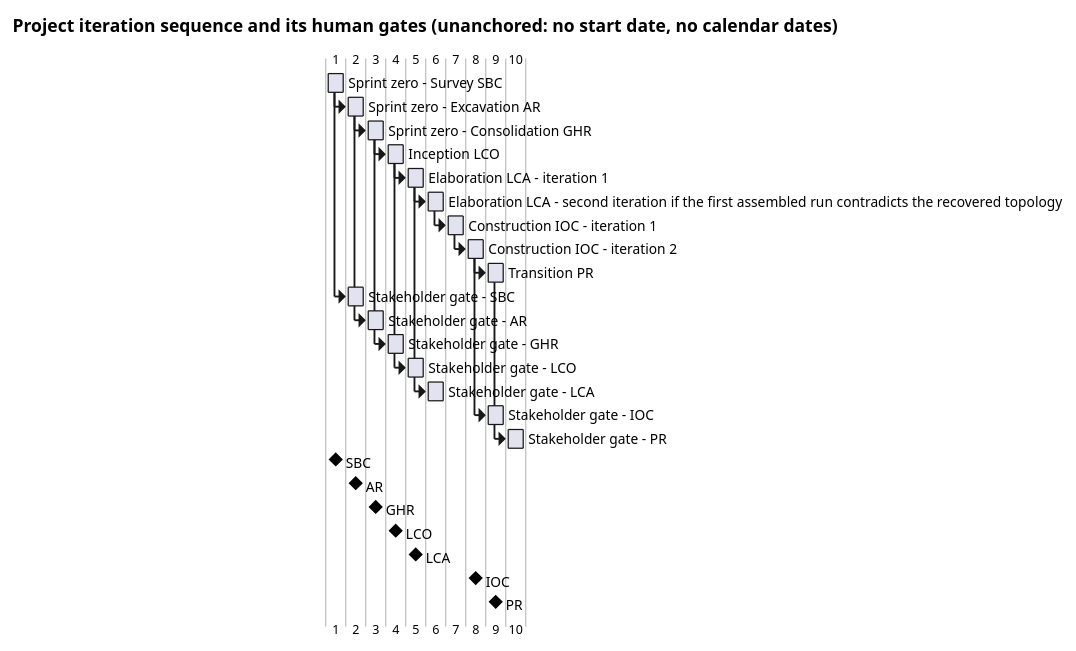
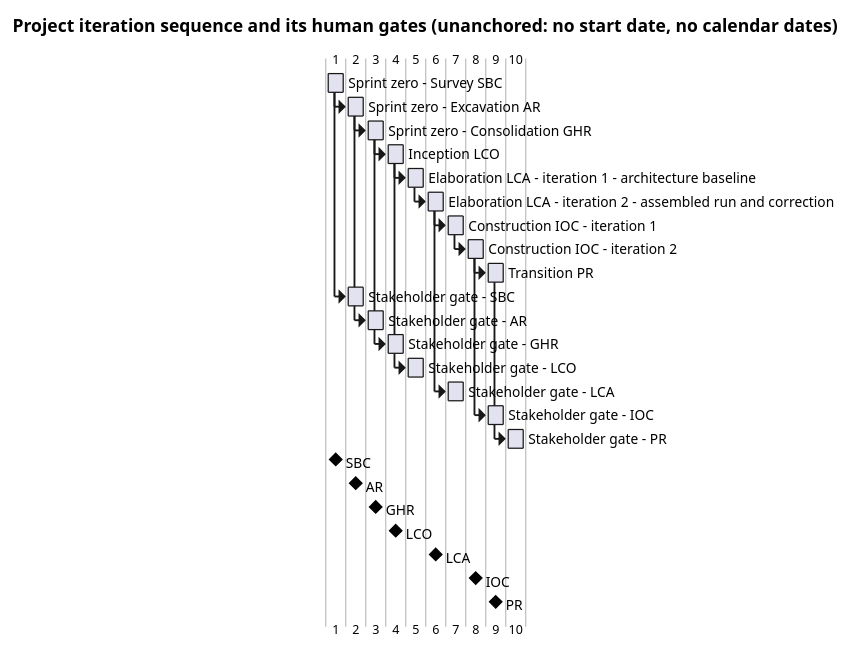
Before and after one commit to banense-test/TodoApp: the first of 3 diagrams in docs/artifacts/project-management/iteration-plan.md, drawn with PlantUML. The commit also changed other lines of this file, not shown here.

First line of the commit message:
Project Manager [Survey1]: upsert Iteration Plan

````diff
--- a/docs/artifacts/project-management/iteration-plan.md
+++ b/docs/artifacts/project-management/iteration-plan.md
@@ -42,55 +43,55 @@
 ```plantuml
 @startgantt
 title Project iteration sequence and its human gates (unanchored: no start date, no calendar dates)
 skinparam shadowing false
 
 [Sprint zero - Survey SBC] lasts 1 day
 [Sprint zero - Excavation AR] lasts 1 day
 [Sprint zero - Consolidation GHR] lasts 1 day
 [Inception LCO] lasts 1 day
-[Elaboration LCA - iteration 1] lasts 1 day
-[Elaboration LCA - second iteration if the first assembled run contradicts the recovered topology] lasts 1 day
+[Elaboration LCA - iteration 1 - architecture baseline] lasts 1 day
+[Elaboration LCA - iteration 2 - assembled run and correction] lasts 1 day
 [Construction IOC - iteration 1] lasts 1 day
 [Construction IOC - iteration 2] lasts 1 day
 [Transition PR] lasts 1 day
 [Stakeholder gate - SBC] lasts 1 day
 [Stakeholder gate - AR] lasts 1 day
 [Stakeholder gate - GHR] lasts 1 day
 [Stakeholder gate - LCO] lasts 1 day
 [Stakeholder gate - LCA] lasts 1 day
 [Stakeholder gate - IOC] lasts 1 day
 [Stakeholder gate - PR] lasts 1 day
 
 [Sprint zero - Excavation AR] starts at [Sprint zero - Survey SBC]'s end
 [Sprint zero - Consolidation GHR] starts at [Sprint zero - Excavation AR]'s end
 [Inception LCO] starts at [Sprint zero - Consolidation GHR]'s end
-[Elaboration LCA - iteration 1] starts at [Inception LCO]'s end
-[Elaboration LCA - second iteration if the first assembled run contradicts the recovered topology] starts at [Elaboration LCA - iteration 1]'s end
-[Construction IOC - iteration 1] starts at [Elaboration LCA - second iteration if the first assembled run contradicts the recovered topology]'s end
+[Elaboration LCA - iteration 1 - architecture baseline] starts at [Inception LCO]'s end
+[Elaboration LCA - iteration 2 - assembled run and correction] starts at [Elaboration LCA - iteration 1 - architecture baseline]'s end
+[Construction IOC - iteration 1] starts at [Elaboration LCA - iteration 2 - assembled run and correction]'s end
 [Construction IOC - iteration 2] starts at [Construction IOC - iteration 1]'s end
 [Transition PR] starts at [Construction IOC - iteration 2]'s end
 
 [Stakeholder gate - SBC] starts at [Sprint zero - Survey SBC]'s end
 [Stakeholder gate - AR] starts at [Sprint zero - Excavation AR]'s end
 [Stakeholder gate - GHR] starts at [Sprint zero - Consolidation GHR]'s end
 [Stakeholder gate - LCO] starts at [Inception LCO]'s end
-[Stakeholder gate - LCA] starts at [Elaboration LCA - iteration 1]'s end
+[Stakeholder gate - LCA] starts at [Elaboration LCA - iteration 2 - assembled run and correction]'s end
 [Stakeholder gate - IOC] starts at [Construction IOC - iteration 2]'s end
 [Stakeholder gate - PR] starts at [Transition PR]'s end
 
 [SBC] happens at [Sprint zero - Survey SBC]'s end
 [AR] happens at [Sprint zero - Excavation AR]'s end
 [GHR] happens at [Sprint zero - Consolidation GHR]'s end
 [LCO] happens at [Inception LCO]'s end
-[LCA] happens at [Elaboration LCA - iteration 1]'s end
+[LCA] happens at [Elaboration LCA - iteration 2 - assembled run and correction]'s end
 [IOC] happens at [Construction IOC - iteration 2]'s end
 [PR] happens at [Transition PR]'s end
 
 note bottom
   No phase has closed, so no bar length is a forecast of duration and no
   calendar date exists anywhere in this plan. Each iteration ends when its
   exit criteria pass. Each gate is a human wait, carried as days of queue
   time with a ceiling of 14 before the process suspends.
 end note
 @endgantt
 ```
````
